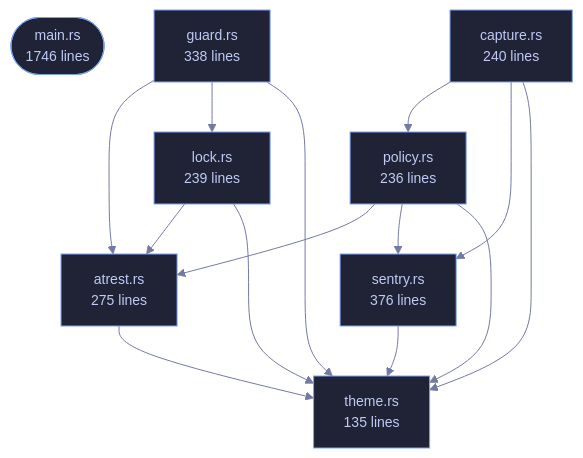
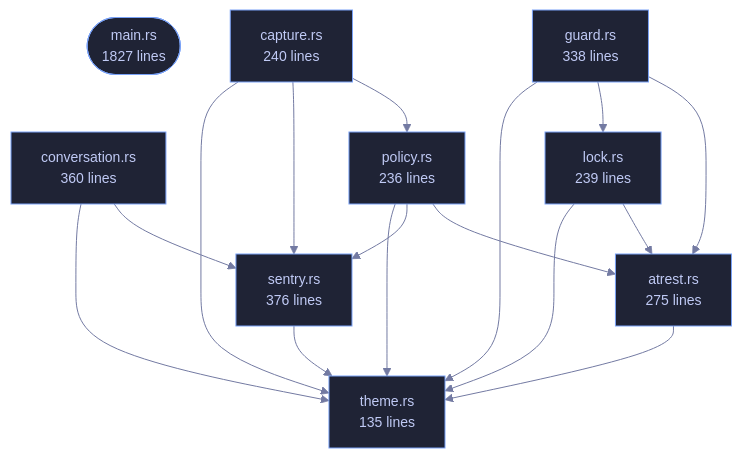
Before and after one commit to tilas01/veilvoice: the diagram in wiki/Crate-veilvoice-cli.md, drawn with Mermaid. The commit also changed other lines of this file and 43 other files, not shown here.

````diff
--- a/wiki/Crate-veilvoice-cli.md
+++ b/wiki/Crate-veilvoice-cli.md
@@ -77,33 +77,37 @@
 ```mermaid
 %%{init: {"theme":"base","themeVariables":{"background":"#1a1b26","primaryColor":"#1f2335","primaryTextColor":"#c0caf5","primaryBorderColor":"#7aa2f7","secondaryColor":"#16161e","tertiaryColor":"#16161e","lineColor":"#737aa2","textColor":"#c0caf5","mainBkg":"#1f2335","nodeBorder":"#7aa2f7","clusterBkg":"#16161e","clusterBorder":"#2f3549","fontFamily":"ui-monospace, SFMono-Regular, Consolas, monospace","fontSize":"14px"}}}%%
 flowchart TD
-    n_main(["main.rs<br/>1746 lines"])
+    n_main(["main.rs<br/>1827 lines"])
     n_atrest["atrest.rs<br/>275 lines"]
     n_capture["capture.rs<br/>240 lines"]
+    n_conversation["conversation.rs<br/>360 lines"]
     n_guard["guard.rs<br/>338 lines"]
     n_lock["lock.rs<br/>239 lines"]
     n_policy["policy.rs<br/>236 lines"]
     n_sentry["sentry.rs<br/>376 lines"]
     n_theme["theme.rs<br/>135 lines"]
     n_atrest --> n_theme
     n_capture --> n_policy
     n_capture --> n_sentry
     n_capture --> n_theme
+    n_conversation --> n_sentry
+    n_conversation --> n_theme
     n_guard --> n_atrest
     n_guard --> n_lock
     n_guard --> n_theme
     n_lock --> n_atrest
     n_lock --> n_theme
     n_policy --> n_atrest
     n_policy --> n_sentry
     n_policy --> n_theme
     n_sentry --> n_theme
     click n_main href "https://github.com/tilas01/veilvoice/blob/main/crates/veilvoice-cli/src/main.rs" "open the source"
     click n_atrest href "https://github.com/tilas01/veilvoice/blob/main/crates/veilvoice-cli/src/atrest.rs" "open the source"
     click n_capture href "https://github.com/tilas01/veilvoice/blob/main/crates/veilvoice-cli/src/capture.rs" "open the source"
+    click n_conversation href "https://github.com/tilas01/veilvoice/blob/main/crates/veilvoice-cli/src/conversation.rs" "open the source"
     click n_guard href "https://github.com/tilas01/veilvoice/blob/main/crates/veilvoice-cli/src/guard.rs" "open the source"
     click n_lock href "https://github.com/tilas01/veilvoice/blob/main/crates/veilvoice-cli/src/lock.rs" "open the source"
     click n_policy href "https://github.com/tilas01/veilvoice/blob/main/crates/veilvoice-cli/src/policy.rs" "open the source"
     click n_sentry href "https://github.com/tilas01/veilvoice/blob/main/crates/veilvoice-cli/src/sentry.rs" "open the source"
     click n_theme href "https://github.com/tilas01/veilvoice/blob/main/crates/veilvoice-cli/src/theme.rs" "open the source"
 ```
````
